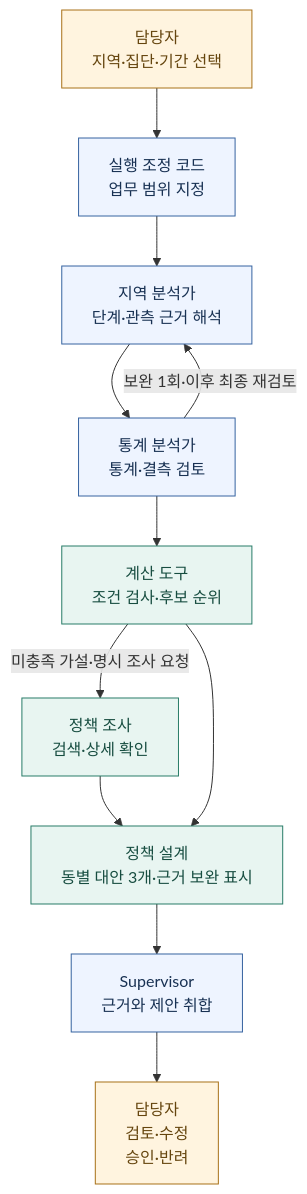
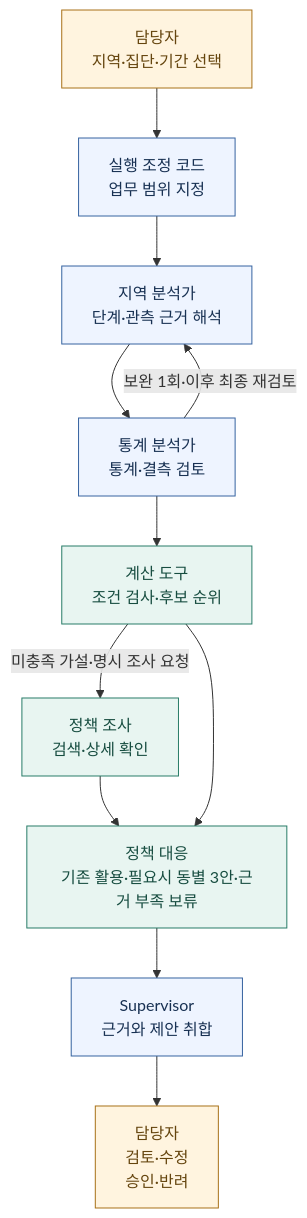
One commit to space-jakdang/beyond-hello-mas changed the diagram in README.md. Above: the diagram before and after it, drawn with Mermaid. The commit also changed other lines of this file and 24 other files, not shown here.

````diff
--- a/README.md
+++ b/README.md
@@ -25,20 +25,20 @@
 ```mermaid
 flowchart TD
     U["담당자<br/>지역·집단·기간 선택"] --> S["실행 조정 코드<br/>업무 범위 지정"]
     S --> A["지역 분석가<br/>단계·관측 근거 해석"]
     A --> T["통계 분석가<br/>통계·결측 검토"]
     T -->|보완 1회·이후 최종 재검토| A
     T --> M["계산 도구<br/>조건 검사·후보 순위"]
     M -->|미충족 가설·명시 조사 요청| P["정책 조사<br/>검색·상세 확인"]
-    P --> D["정책 설계<br/>동별 대안 3개·근거 보완 표시"]
+    P --> D["정책 대응<br/>기존 활용·필요시 동별 3안·근거 부족 보류"]
     M --> D
     D --> R["Supervisor<br/>근거와 제안 취합"]
     R --> H["담당자<br/>검토·수정<br/>승인·반려"]
     classDef agent fill:#eef4ff,stroke:#3663a0,color:#183153
     classDef policy fill:#e8f5f1,stroke:#287c68,color:#174d40
     classDef human fill:#fff4df,stroke:#a87118,color:#65450e
     class S,A,T,R agent
     class M policy
     class P,D policy
     class U,H human
 ```
````
